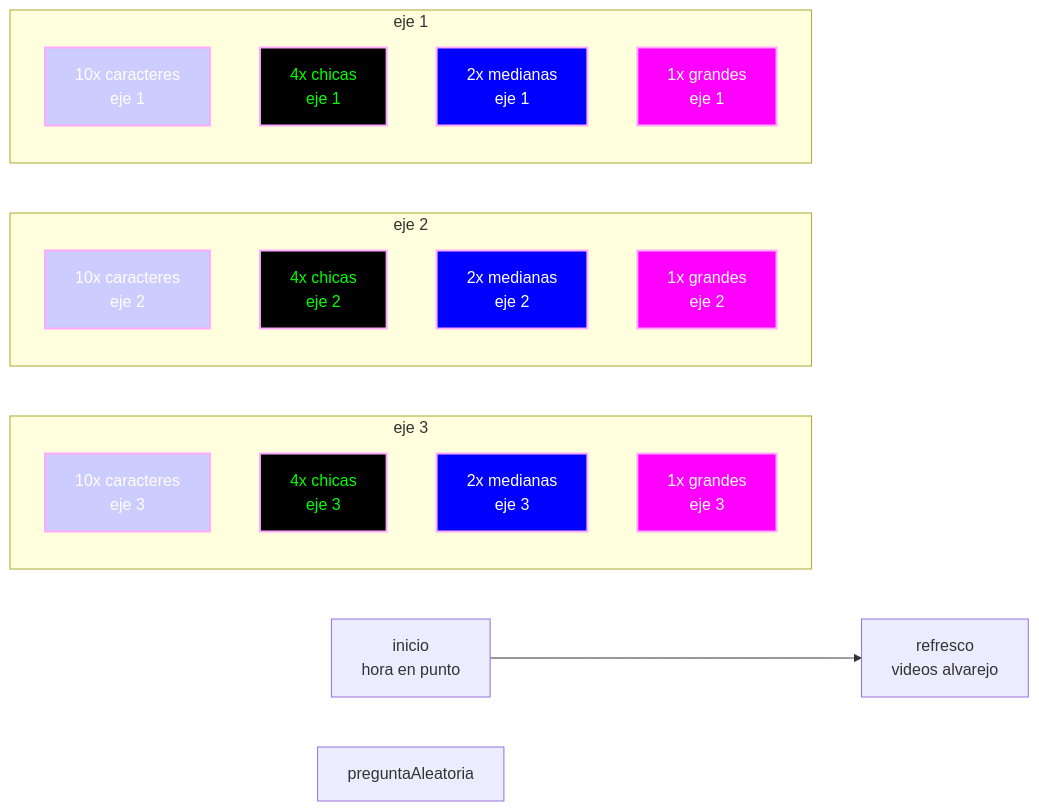
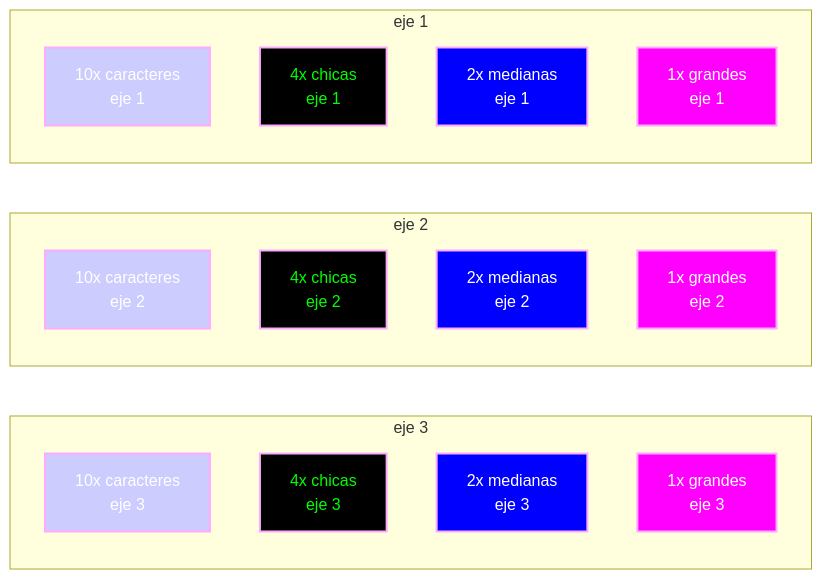
One commit to piruetasxyz/2025-expo-diseno-udp-montecarmelo changed the first of 3 diagrams in README.md. Above: the diagram before and after it, drawn with Mermaid.

Commit message:
borrar nodos extras

````diff
--- a/README.md
+++ b/README.md
@@ -13,59 +13,52 @@
 ```mermaid
 flowchart LR
-    estadoInicio["inicio
-    hora en punto"]
-    estadoRefresco["refresco
-    videos alvarejo"]
-    estadoPreguntaAleatoria["preguntaAleatoria"]
-
-estadoInicio --> estadoRefresco
 
 style pantallasCaracteresEje1 fill:#ccf,stroke:#faf,stroke-width:2px,color:#fff
 style pantallasCaracteresEje2 fill:#ccf,stroke:#faf,stroke-width:2px,color:#fff
 style pantallasCaracteresEje3 fill:#ccf,stroke:#faf,stroke-width:2px,color:#fff
 
 style pantallasChicasEje1 fill:#000000,stroke:#faf,stroke-width:2px,color:#00ff00
 style pantallasChicasEje2 fill:#000000,stroke:#faf,stroke-width:2px,color:#00ff00
 style pantallasChicasEje3 fill:#000000,stroke:#faf,stroke-width:2px,color:#00ff00
 
 style pantallasMedianasEje1 fill:#0000ff,stroke:#faf,stroke-width:2px,color:#ffffff
 style pantallasMedianasEje2 fill:#0000ff,stroke:#faf,stroke-width:2px,color:#ffffff
 style pantallasMedianasEje3 fill:#0000ff,stroke:#faf,stroke-width:2px,color:#ffffff
 
 style pantallasGrandesEje1 fill:#ff00ff,stroke:#faf,stroke-width:2px,color:#ffffff
 style pantallasGrandesEje2 fill:#ff00ff,stroke:#faf,stroke-width:2px,color:#ffffff
 style pantallasGrandesEje3 fill:#ff00ff,stroke:#faf,stroke-width:2px,color:#ffffff
 
 subgraph ejeTres ["eje 3"]
 pantallasCaracteresEje3["10x caracteres
 eje 3"]
 pantallasChicasEje3["4x chicas
 eje 3"]
 pantallasMedianasEje3["2x medianas
 eje 3"]
 pantallasGrandesEje3["1x grandes
 eje 3"]
 end
 
 subgraph ejeDos["eje 2"]
 pantallasCaracteresEje2["10x caracteres
 eje 2"]
 pantallasChicasEje2["4x chicas
 eje 2"]
 pantallasMedianasEje2["2x medianas
 eje 2"]
 pantallasGrandesEje2["1x grandes
 eje 2"]
 end
 
 subgraph ejeUno["eje 1"]
 pantallasCaracteresEje1["10x caracteres
 eje 1"]
 pantallasChicasEje1["4x chicas
 eje 1"]
 pantallasMedianasEje1["2x medianas
 eje 1"]
 pantallasGrandesEje1["1x grandes
 eje 1"]
 end
 ```
````
